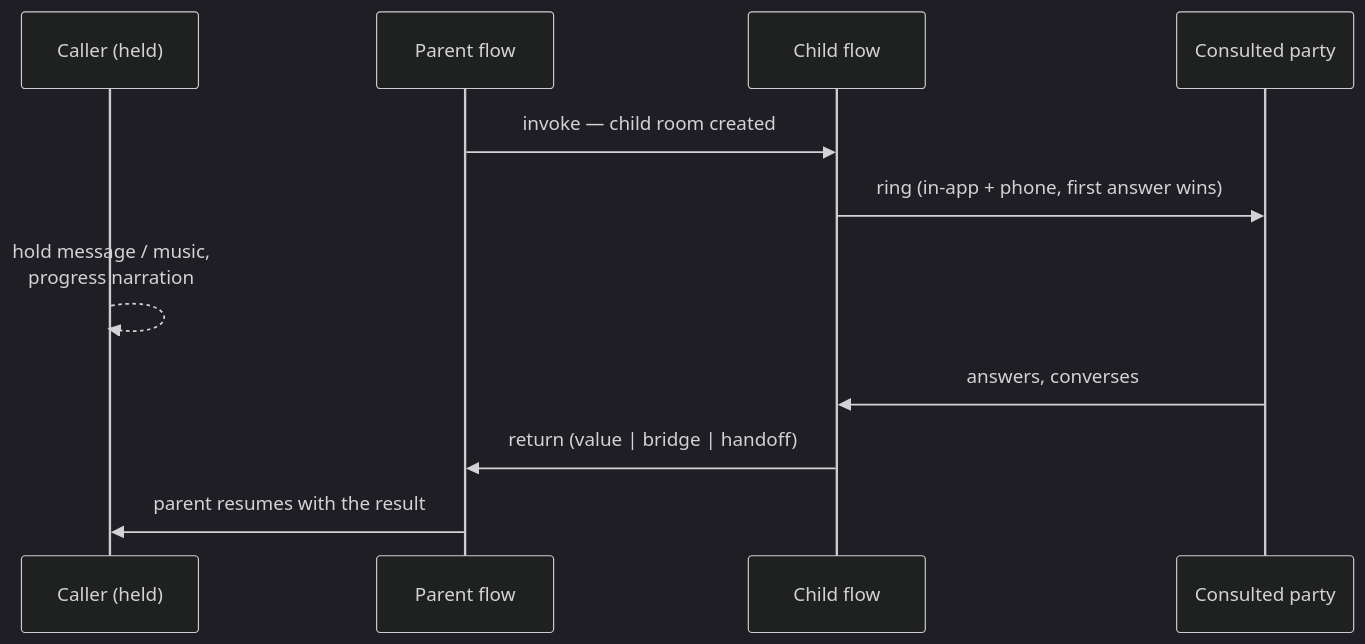
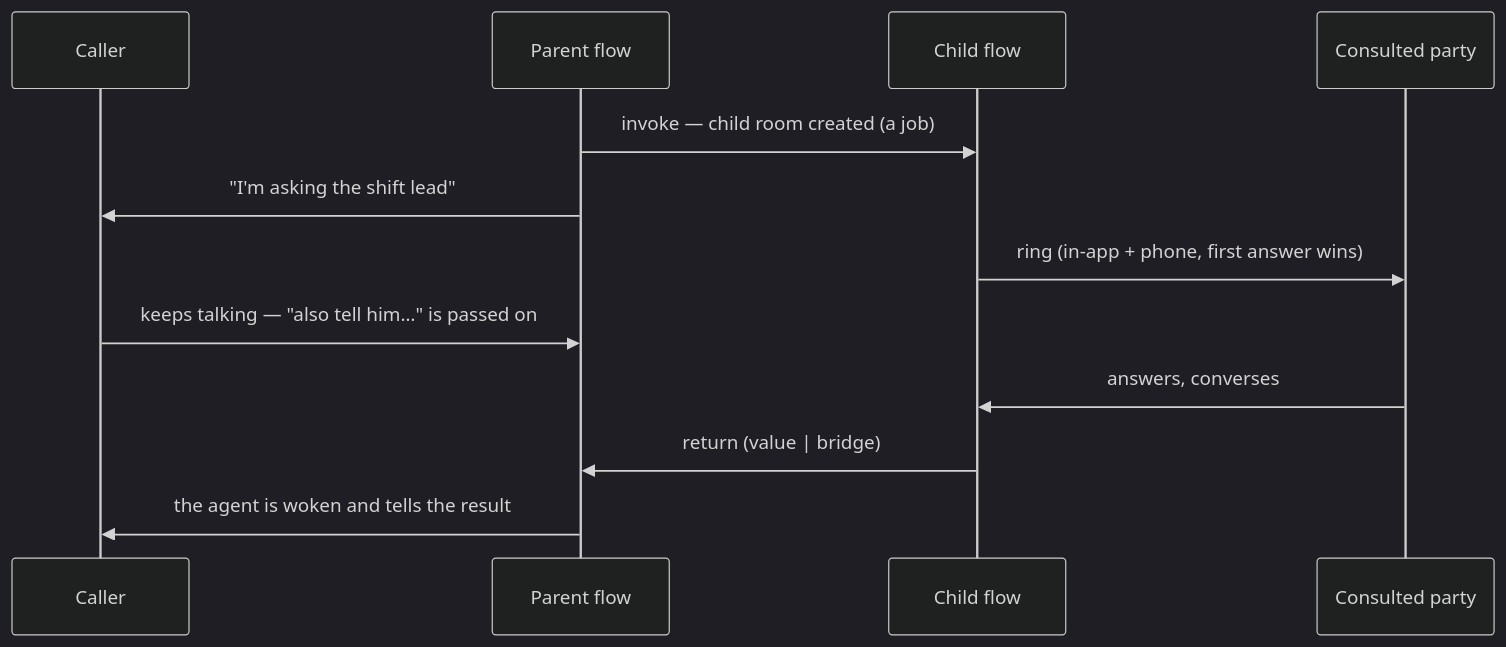
One commit to Aico-Systems/docs changed the third of 4 diagrams in platform/flows.mdx. Above: the diagram before and after it, drawn with Mermaid (dark theme). The commit also changed other lines of this file and 10 other files, not shown here.

````diff
--- a/platform/flows.mdx
+++ b/platform/flows.mdx
@@ -114,14 +133,15 @@
 ```mermaid
 sequenceDiagram
-    participant Caller as Caller (held)
+    participant Caller
     participant P as Parent flow
     participant C as Child flow
     participant T as Consulted party
 
-    P->>C: invoke — child room created
+    P->>C: invoke — child room created (a job)
+    P->>Caller: "I'm asking the shift lead"
     C->>T: ring (in-app + phone, first answer wins)
-    Caller-->>Caller: hold message / music,<br/>progress narration
+    Caller->>P: keeps talking — "also tell him…" is passed on
     T->>C: answers, converses
-    C->>P: return (value | bridge | handoff)
-    P->>Caller: parent resumes with the result
+    C->>P: return (value | bridge)
+    P->>Caller: the agent is woken and tells the result
 ```
````
